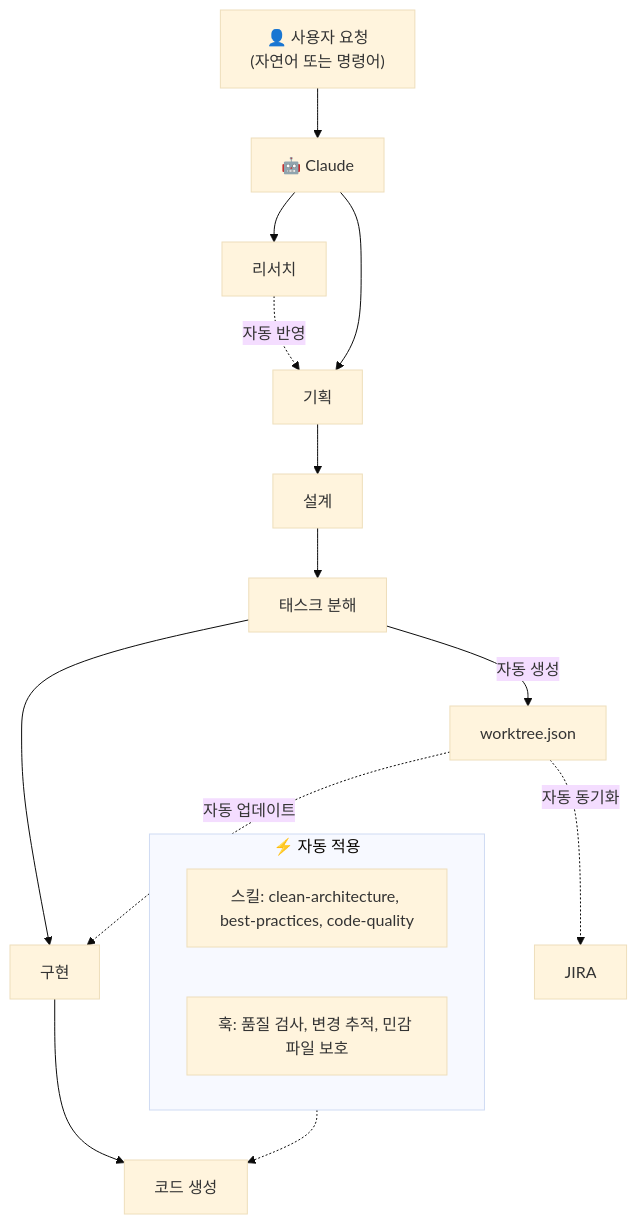
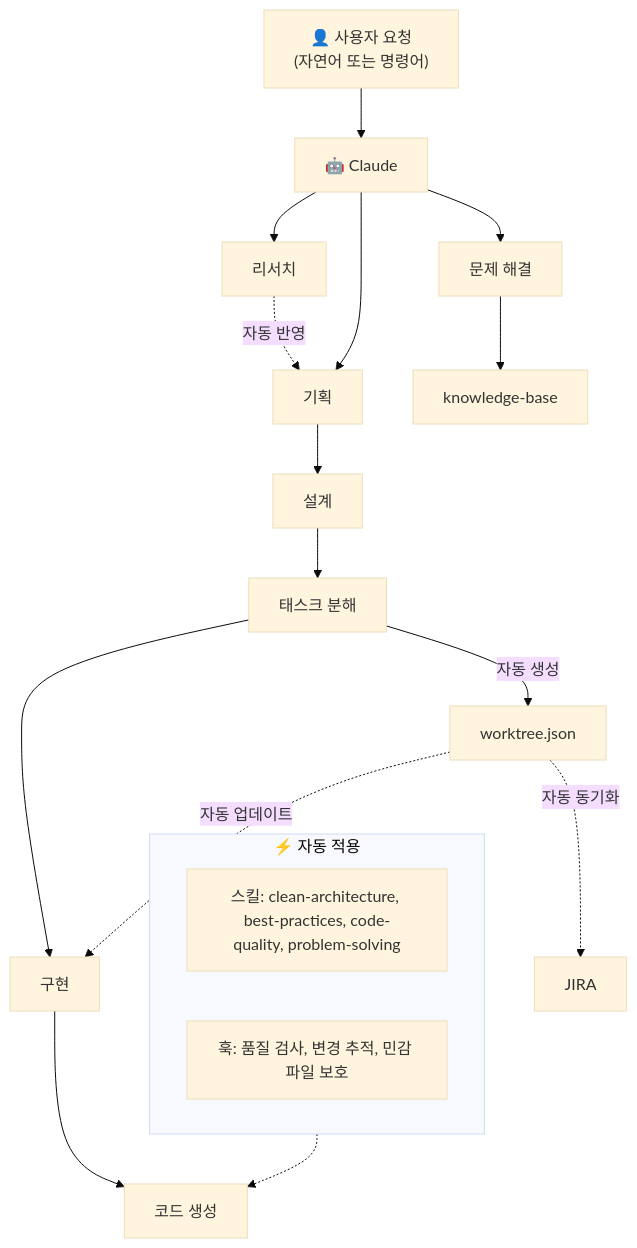
The third of 3 diagrams in CLAUDE.md (Wondermove-Inc/calab-claude-plugin), drawn with Mermaid (base theme) before and after one commit. The commit also changed other lines of this file and 29 other files, not shown here.

````diff
--- a/CLAUDE.md
+++ b/CLAUDE.md
@@ -237,23 +269,26 @@
 ```mermaid
 flowchart TB
     U["👤 사용자 요청<br/>(자연어 또는 명령어)"] --> C["🤖 Claude"]
 
     C --> R["리서치"]
     R -.->|자동 반영| D1
 
     C --> D1["기획"]
     D1 --> D2["설계"]
     D2 --> D3["태스크 분해"]
     D3 -->|자동 생성| W["worktree.json"]
     D3 --> D4["구현"]
     W -.->|자동 업데이트| D4
     W -.->|자동 동기화| J["JIRA"]
     D4 --> Code["코드 생성"]
 
+    C --> SV["문제 해결"]
+    SV --> KB["knowledge-base"]
+
     subgraph Auto["⚡ 자동 적용"]
-        S1["스킬: clean-architecture, best-practices, code-quality"]
+        S1["스킬: clean-architecture, best-practices, code-quality, problem-solving"]
         H1["훅: 품질 검사, 변경 추적, 민감 파일 보호"]
     end
 
     Auto -.-> Code
 ```
````
